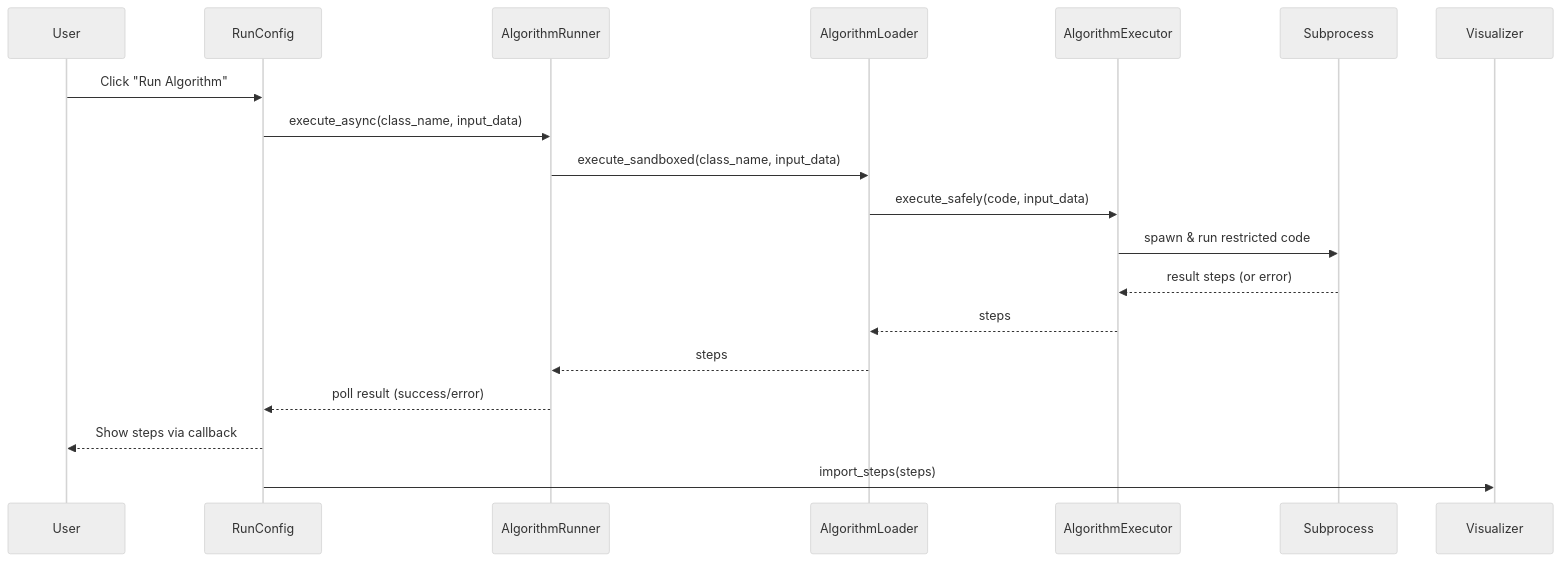
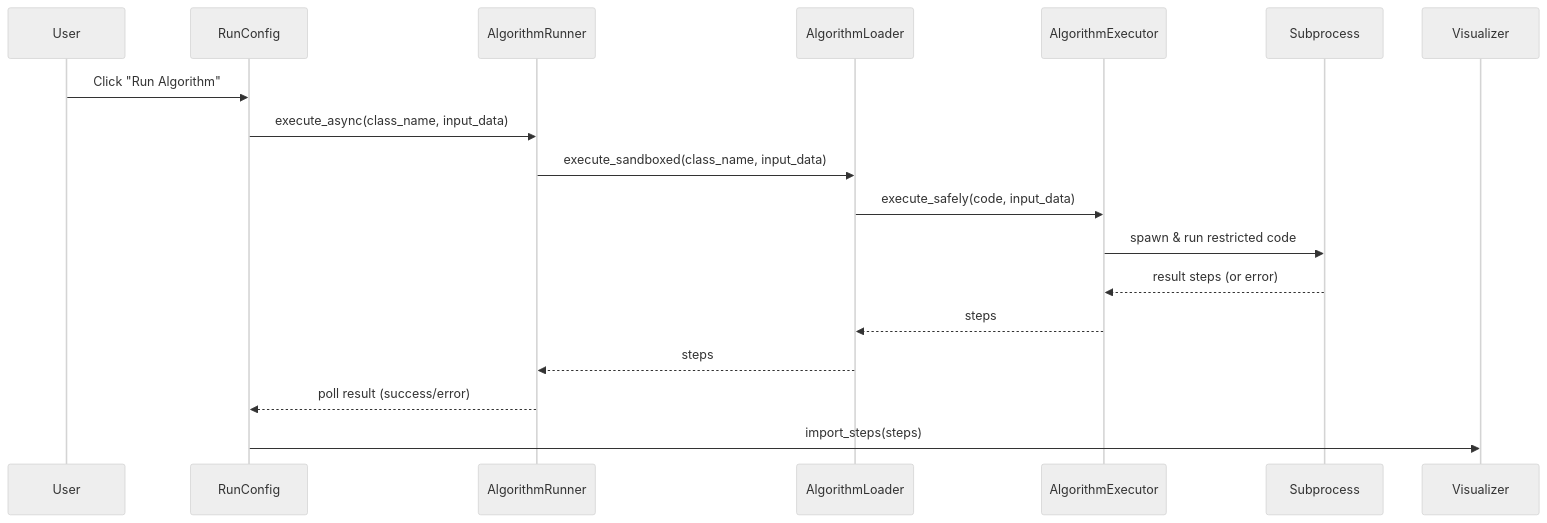
The first of 4 diagrams in docs/architecture.md (Group-8-DSA-Visualizer/DSA-Visualizer-Wiki), drawn with Mermaid (neutral theme) before and after one commit. The commit also changed other lines of this file, not shown here.

````diff
--- a/docs/architecture.md
+++ b/docs/architecture.md
@@ -19,22 +19,21 @@
 ```mermaid
 sequenceDiagram
     participant User
     participant RunConfig
     participant AlgorithmRunner
     participant AlgorithmLoader
     participant AlgorithmExecutor
     participant Subprocess
     participant Visualizer
 
     User->>RunConfig: Click "Run Algorithm"
     RunConfig->>AlgorithmRunner: execute_async(class_name, input_data)
     AlgorithmRunner->>AlgorithmLoader: execute_sandboxed(class_name, input_data)
     AlgorithmLoader->>AlgorithmExecutor: execute_safely(code, input_data)
     AlgorithmExecutor->>Subprocess: spawn & run restricted code
     Subprocess-->>AlgorithmExecutor: result steps (or error)
     AlgorithmExecutor-->>AlgorithmLoader: steps
     AlgorithmLoader-->>AlgorithmRunner: steps
     AlgorithmRunner-->>RunConfig: poll result (success/error)
-    RunConfig-->>User: Show steps via callback
     RunConfig->>Visualizer: import_steps(steps)
 ```
````
